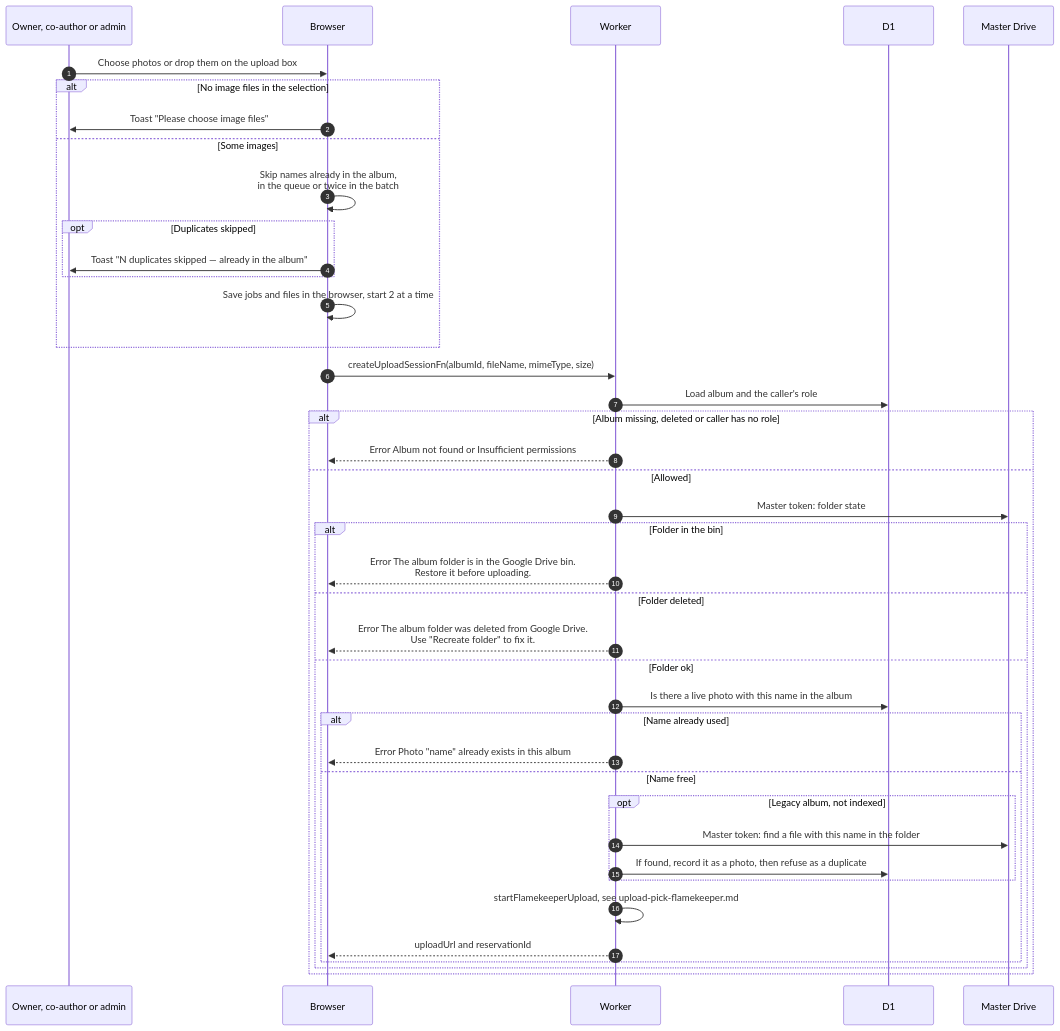
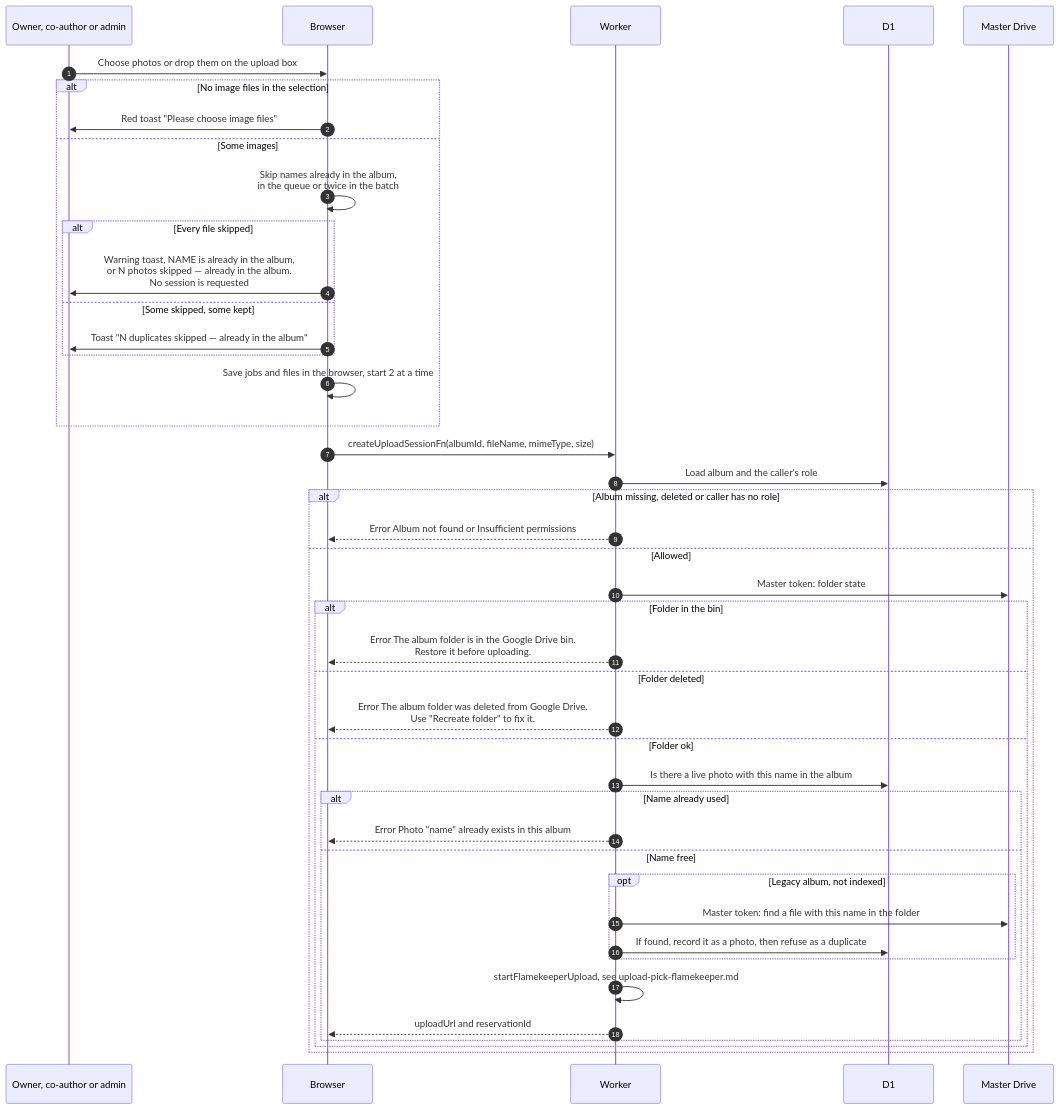
The diagram in docs/scenarios/albums/upload-start.md (sagyzdop/meriksirat), drawn with Mermaid before and after one commit. The commit also changed other lines of this file and 17 other files, not shown here.

Commit message:
docs(scenarios): verify albums diagrams against the code

````diff
--- a/docs/scenarios/albums/upload-start.md
+++ b/docs/scenarios/albums/upload-start.md
@@ -15,43 +16,45 @@
 ```mermaid
 sequenceDiagram
     autonumber
     participant M as Owner, co-author or admin
     participant B as Browser
     participant W as Worker
     participant D as D1
     participant G as Master Drive
     M->>B: Choose photos or drop them on the upload box
     alt No image files in the selection
-        B->>M: Toast "Please choose image files"
+        B->>M: Red toast "Please choose image files"
     else Some images
         B->>B: Skip names already in the album,<br/>in the queue or twice in the batch
-        opt Duplicates skipped
+        alt Every file skipped
+            B->>M: Warning toast, NAME is already in the album,<br/>or N photos skipped — already in the album.<br/>No session is requested
+        else Some skipped, some kept
             B->>M: Toast "N duplicates skipped — already in the album"
         end
         B->>B: Save jobs and files in the browser, start 2 at a time
     end
     B->>W: createUploadSessionFn(albumId, fileName, mimeType, size)
     W->>D: Load album and the caller's role
     alt Album missing, deleted or caller has no role
         W-->>B: Error Album not found or Insufficient permissions
     else Allowed
         W->>G: Master token: folder state
         alt Folder in the bin
             W-->>B: Error The album folder is in the Google Drive bin.<br/>Restore it before uploading.
         else Folder deleted
             W-->>B: Error The album folder was deleted from Google Drive.<br/>Use "Recreate folder" to fix it.
         else Folder ok
             W->>D: Is there a live photo with this name in the album
             alt Name already used
                 W-->>B: Error Photo "name" already exists in this album
             else Name free
                 opt Legacy album, not indexed
                     W->>G: Master token: find a file with this name in the folder
                     W->>D: If found, record it as a photo, then refuse as a duplicate
                 end
                 W->>W: startFlamekeeperUpload, see upload-pick-flamekeeper.md
                 W-->>B: uploadUrl and reservationId
             end
         end
     end
 ```
````
